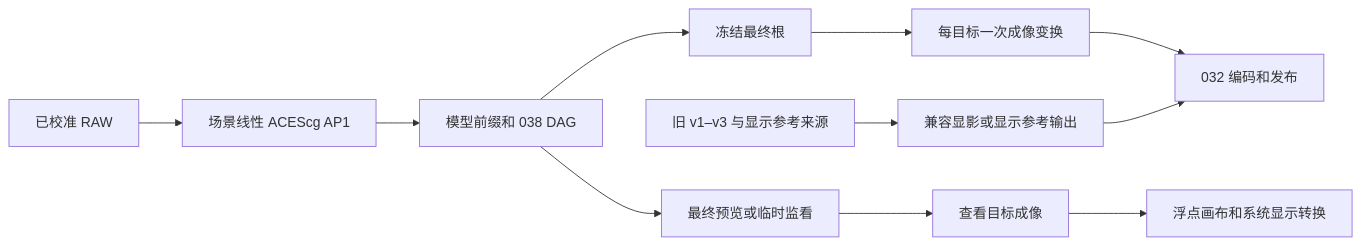
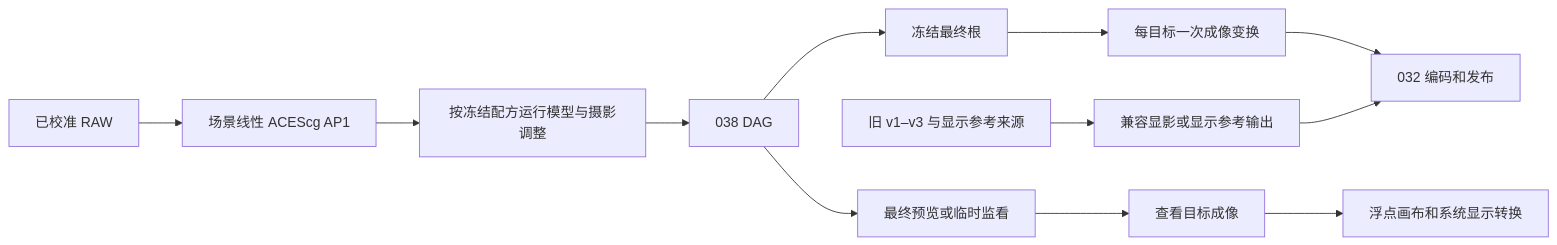
One commit to RobinQu/RAWMaster changed the diagram in specs/035-portable-processing-cores/roadmap.md. Above: the diagram before and after it, drawn with Mermaid. The commit also changed other lines of this file and 98 other files, not shown here.

Commit message:
Share photographic controls across appearances and restore native graph panels

````diff
--- a/specs/035-portable-processing-cores/roadmap.md
+++ b/specs/035-portable-processing-cores/roadmap.md
@@ -40,13 +42,14 @@
 ```mermaid
 flowchart LR
   RAW[已校准 RAW] --> AP1[场景线性 ACEScg AP1]
-  AP1 --> DAG[模型前缀和 038 DAG]
+  AP1 --> PREFIX[按冻结配方运行模型与摄影调整]
+  PREFIX --> DAG[038 DAG]
   DAG --> FINAL[冻结最终根]
   DAG --> VIEW[最终预览或临时监看]
   FINAL --> OUT[每目标一次成像变换]
   OUT --> FILE[032 编码和发布]
   VIEW --> VIEWOUT[查看目标成像]
   VIEWOUT --> DISPLAY[浮点画布和系统显示转换]
   LEGACY[旧 v1–v3 与显示参考来源] --> SDR[兼容显影或显示参考输出]
   SDR --> FILE
 ```
````
